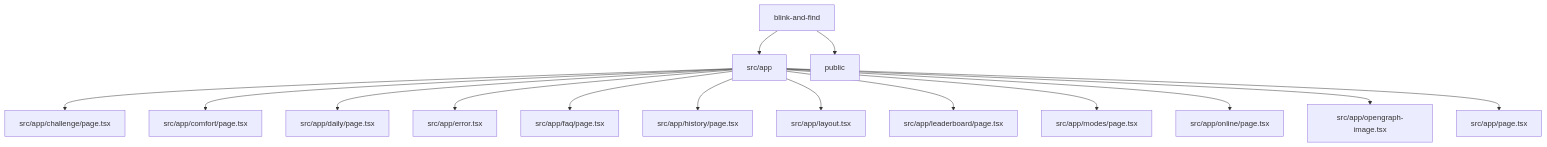
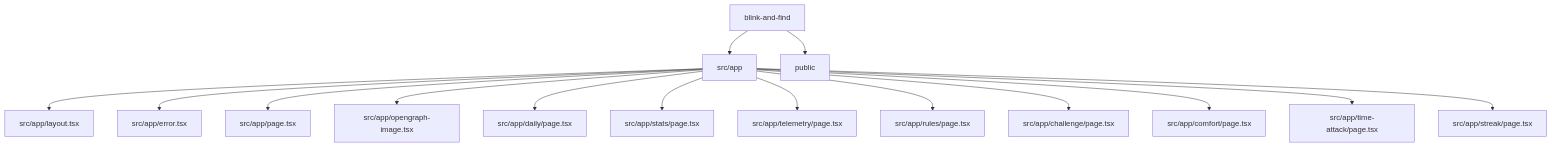
The second of 7 diagrams in README.md (Nischhalsubba/blink-and-find), drawn with Mermaid before and after one commit. The commit also changed other lines of this file, not shown here.

````diff
--- a/README.md
+++ b/README.md
@@ -55,18 +92,18 @@
 ```mermaid
 flowchart TD
     APP["blink-and-find"]
     APP --> R0["src/app"]
     APP --> R1["public"]
-    R0 --> F0["src/app/challenge/page.tsx"]
-    R0 --> F1["src/app/comfort/page.tsx"]
-    R0 --> F2["src/app/daily/page.tsx"]
-    R0 --> F3["src/app/error.tsx"]
-    R0 --> F4["src/app/faq/page.tsx"]
-    R0 --> F5["src/app/history/page.tsx"]
-    R0 --> F6["src/app/layout.tsx"]
-    R0 --> F7["src/app/leaderboard/page.tsx"]
-    R0 --> F8["src/app/modes/page.tsx"]
-    R0 --> F9["src/app/online/page.tsx"]
-    R0 --> F10["src/app/opengraph-image.tsx"]
-    R0 --> F11["src/app/page.tsx"]
+    R0 --> F0["src/app/layout.tsx"]
+    R0 --> F1["src/app/error.tsx"]
+    R0 --> F2["src/app/page.tsx"]
+    R0 --> F3["src/app/opengraph-image.tsx"]
+    R0 --> F4["src/app/daily/page.tsx"]
+    R0 --> F5["src/app/stats/page.tsx"]
+    R0 --> F6["src/app/telemetry/page.tsx"]
+    R0 --> F7["src/app/rules/page.tsx"]
+    R0 --> F8["src/app/challenge/page.tsx"]
+    R0 --> F9["src/app/comfort/page.tsx"]
+    R0 --> F10["src/app/time-attack/page.tsx"]
+    R0 --> F11["src/app/streak/page.tsx"]
 ```
````
